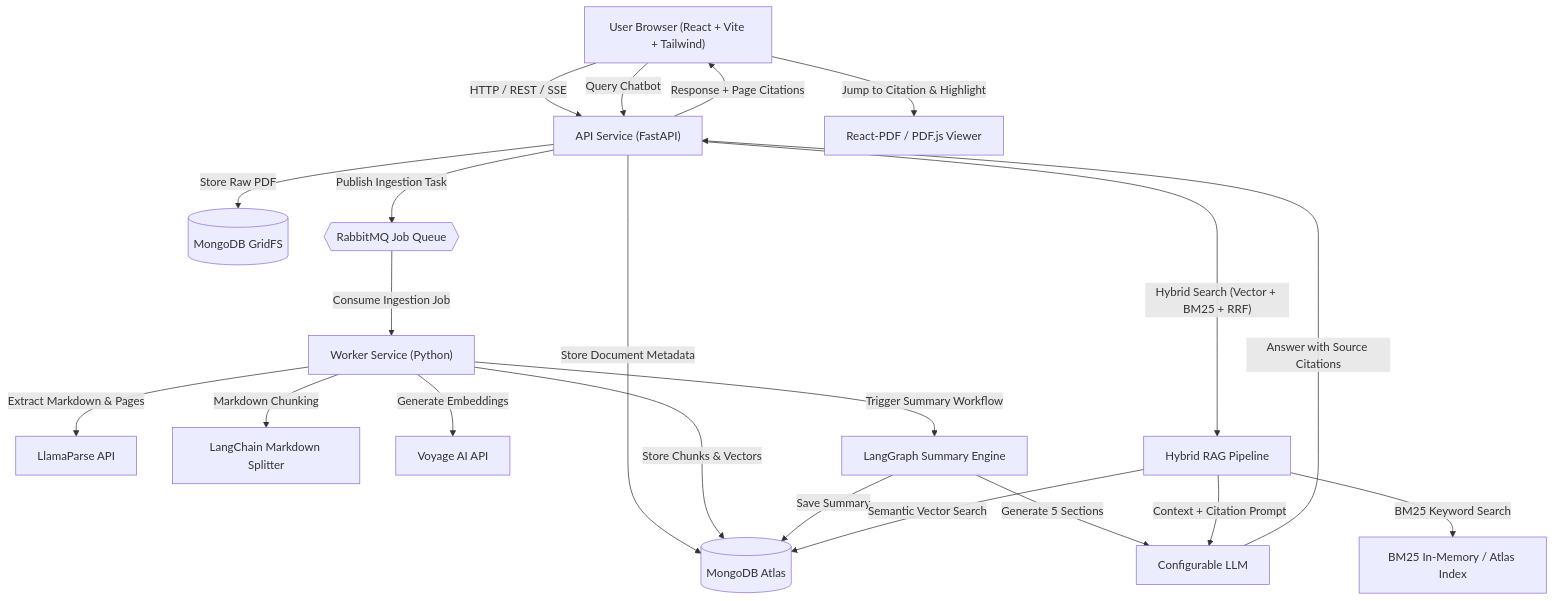
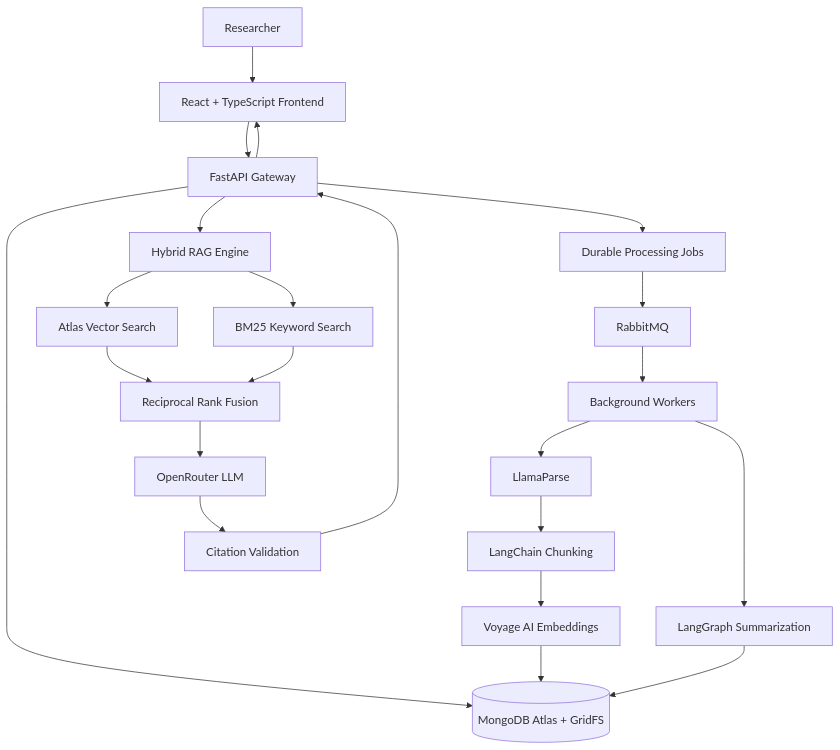
One commit to arrathikan/Research-Assistant-for-PDFs changed the first of 3 diagrams in docs/architecture.md. Above: the diagram before and after it, drawn with Mermaid. The commit also changed other lines of this file, not shown here.

First line of the commit message:
docs: refactor system architecture documentation

````diff
--- a/docs/architecture.md
+++ b/docs/architecture.md
@@ -11,26 +22,30 @@
 ```mermaid
-graph TD
-    User["User Browser (React + Vite + Tailwind)"] -->|"HTTP / REST / SSE"| API["API Service (FastAPI)"]
-    API -->|"Store Raw PDF"| GridFS[("MongoDB GridFS")]
-    API -->|"Store Document Metadata"| MongoDB[("MongoDB Atlas")]
-    API -->|"Publish Ingestion Task"| RabbitMQ{{"RabbitMQ Job Queue"}}
+flowchart TD
+    USER["Researcher"] --> UI["React + TypeScript Frontend"]
+    UI --> API["FastAPI Gateway"]
 
-    RabbitMQ -->|"Consume Ingestion Job"| Worker["Worker Service (Python)"]
-    Worker -->|"Extract Markdown & Pages"| LlamaParse["LlamaParse API"]
-    Worker -->|"Markdown Chunking"| Splitter["LangChain Markdown Splitter"]
-    Worker -->|"Generate Embeddings"| VoyageAI["Voyage AI API"]
-    Worker -->|"Store Chunks & Vectors"| MongoDB
+    API --> DB[("MongoDB Atlas + GridFS")]
+    API --> JOB["Durable Processing Jobs"]
+    JOB --> MQ["RabbitMQ"]
+    MQ --> WORKER["Background Workers"]
 
-    Worker -->|"Trigger Summary Workflow"| LangGraph["LangGraph Summary Engine"]
-    LangGraph -->|"Generate 5 Sections"| LLM["Configurable LLM"]
-    LangGraph -->|"Save Summary"| MongoDB
+    WORKER --> PARSE["LlamaParse"]
+    PARSE --> CHUNK["LangChain Chunking"]
+    CHUNK --> EMBED["Voyage AI Embeddings"]
+    EMBED --> DB
 
-    User -->|"Query Chatbot"| API
-    API -->|"Hybrid Search (Vector + BM25 + RRF)"| RAG["Hybrid RAG Pipeline"]
-    RAG -->|"Semantic Vector Search"| MongoDB
-    RAG -->|"BM25 Keyword Search"| BM25Index["BM25 In-Memory / Atlas Index"]
-    RAG -->|"Context + Citation Prompt"| LLM
-    LLM -->|"Answer with Source Citations"| API
-    API -->|"Response + Page Citations"| User
-    User -->|"Jump to Citation & Highlight"| PDFViewer["React-PDF / PDF.js Viewer"]
+    WORKER --> SUMMARY["LangGraph Summarization"]
+    SUMMARY --> DB
+
+    API --> RAG["Hybrid RAG Engine"]
+    RAG --> VECTOR["Atlas Vector Search"]
+    RAG --> KEYWORD["BM25 Keyword Search"]
+
+    VECTOR --> FUSION["Reciprocal Rank Fusion"]
+    KEYWORD --> FUSION
+
+    FUSION --> LLM["OpenRouter LLM"]
+    LLM --> CITE["Citation Validation"]
+    CITE --> API
+    API --> UI
 ```
````
